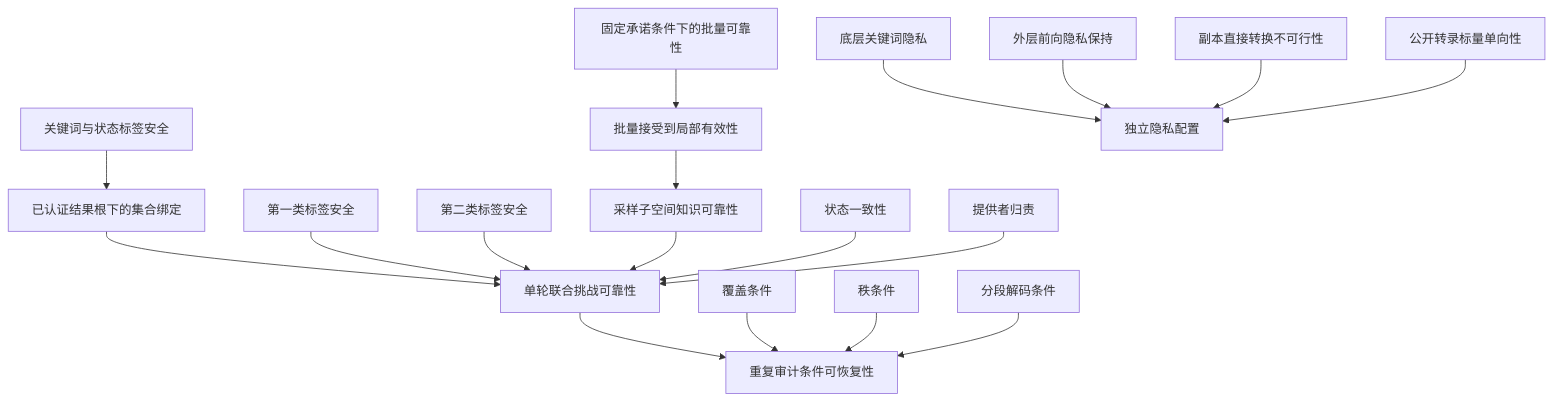
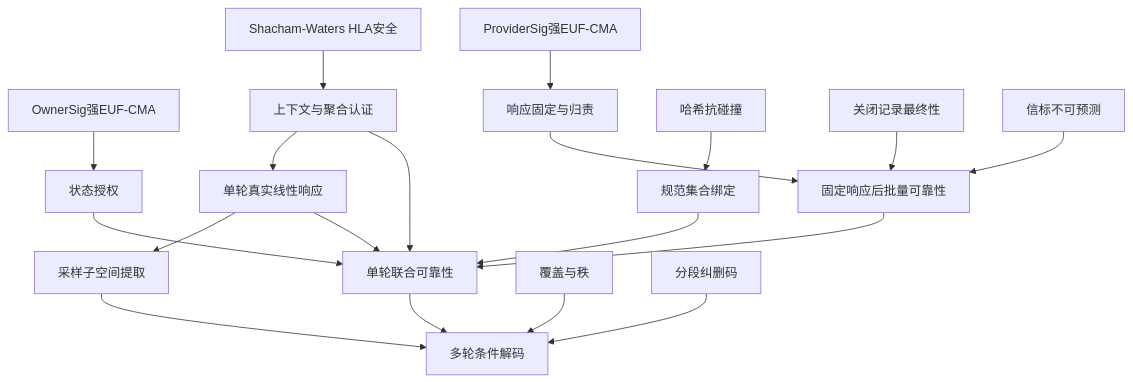
The fifth of 5 diagrams in 06_MyPaper/Search_Audit/paper_cn.md (prelearn-code/PaperNotes), drawn with Mermaid before and after one commit. The commit also changed other lines of this file and 5 other files, not shown here.

````diff
--- a/06_MyPaper/Search_Audit/paper_cn.md
+++ b/06_MyPaper/Search_Audit/paper_cn.md
@@ -2107,20 +1569,21 @@
 ```mermaid
 flowchart TB
-    TA[关键词与状态标签安全] --> T4[已认证结果根下的集合绑定]
-    T4 --> T15[单轮联合挑战可靠性]
-    T5[第一类标签安全] --> T15
-    T6[第二类标签安全] --> T15
-    T10[固定承诺条件下的批量可靠性] --> BL[批量接受到局部有效性]
-    BL --> T7[采样子空间知识可靠性]
-    T7 --> T15
-    T13[状态一致性] --> T15
-    T14[提供者归责] --> T15
-    T15 --> T16[重复审计条件可恢复性]
-    COVER[覆盖条件] --> T16
-    RANK[秩条件] --> T16
-    DECODE[分段解码条件] --> T16
-    T2[底层关键词隐私] --> TP[独立隐私配置]
-    T3[外层前向隐私保持] --> TP
-    T9[副本直接转换不可行性] --> TP
-    T12[公开转录标量单向性] --> TP
+    OSIG[OwnerSig强EUF-CMA] --> STATE[状态授权]
+    PSIG[ProviderSig强EUF-CMA] --> RESP[响应固定与归责]
+    CDH[Shacham-Waters HLA安全] --> HLA[上下文与聚合认证]
+    HLA --> LOCAL[单轮真实线性响应]
+    LOCAL --> SUB[采样子空间提取]
+    HASH[哈希抗碰撞] --> CSMT[规范集合绑定]
+    FINAL[关闭记录最终性] --> BATCH[固定响应后批量可靠性]
+    BEACON[信标不可预测] --> BATCH
+    RESP --> BATCH
+    STATE --> JOINT[单轮联合可靠性]
+    HLA --> JOINT
+    LOCAL --> JOINT
+    CSMT --> JOINT
+    BATCH --> JOINT
+    JOINT --> DEC[多轮条件解码]
+    SUB --> DEC
+    COVER[覆盖与秩] --> DEC
+    EC[分段纠删码] --> DEC
 ```
````
